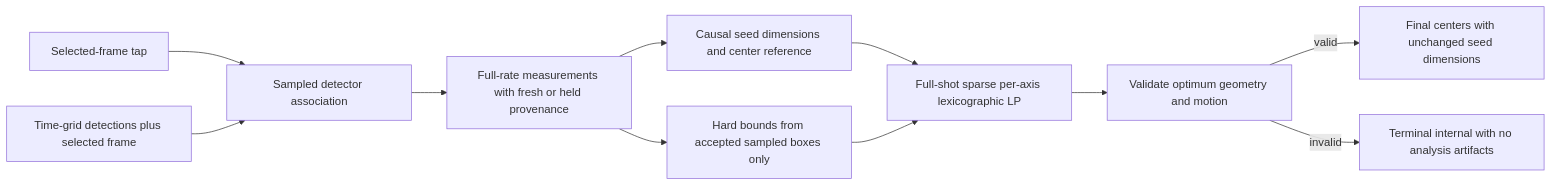
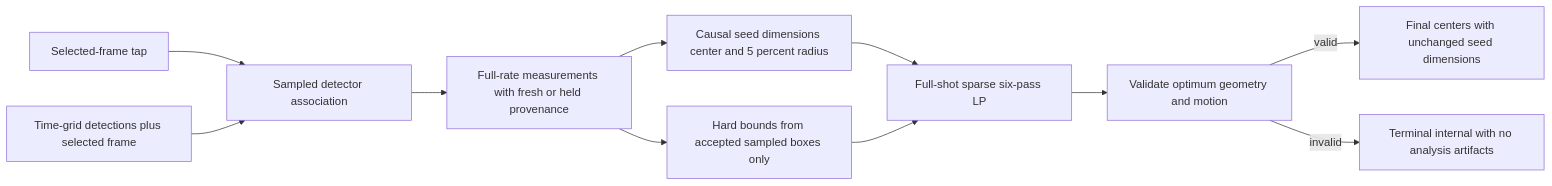
The diagram in docs/specs/worker/measurements-and-planner.md (o0O96O0o/boulder-frame), drawn with Mermaid before and after one commit. The commit also changed other lines of this file and 26 other files, not shown here.

Commit message:
fix: full-shot dead-zone planning

````diff
--- a/docs/specs/worker/measurements-and-planner.md
+++ b/docs/specs/worker/measurements-and-planner.md
@@ -205,13 +220,13 @@
 ```mermaid
 flowchart LR
   S[Selected-frame tap] --> A[Sampled detector association]
   D[Time-grid detections plus selected frame] --> A
   A --> H[Full-rate measurements with fresh or held provenance]
-  H --> C[Causal seed dimensions and center reference]
+  H --> C[Causal seed dimensions center and 5 percent radius]
   H --> B[Hard bounds from accepted sampled boxes only]
-  C --> L[Full-shot sparse per-axis lexicographic LP]
+  C --> L[Full-shot sparse six-pass LP]
   B --> L
   L --> V[Validate optimum geometry and motion]
   V -->|valid| R[Final centers with unchanged seed dimensions]
   V -->|invalid| E[Terminal internal with no analysis artifacts]
 ```
````
